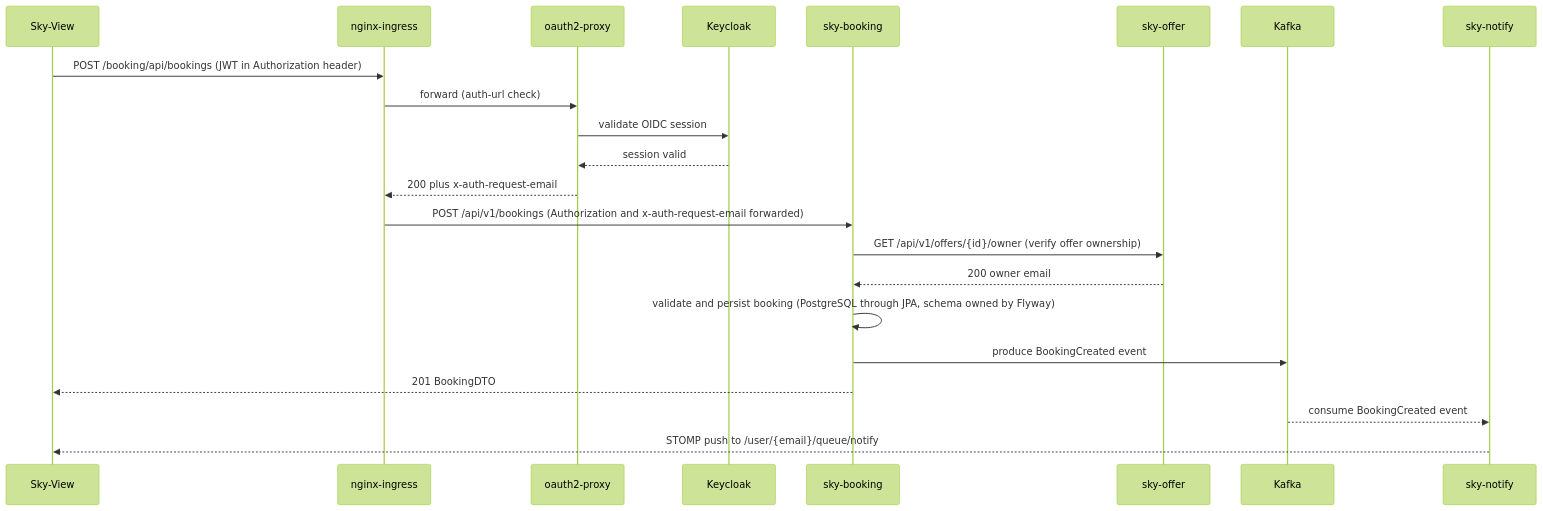
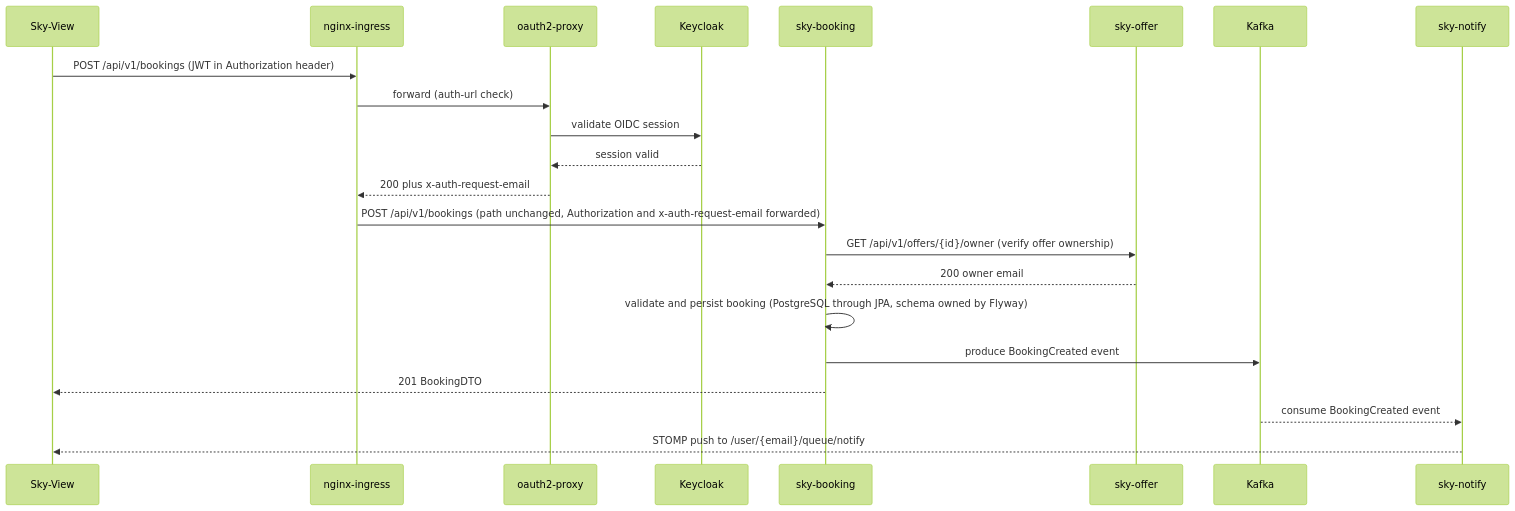
The second of 2 diagrams in README.md (Lukk17/sky), drawn with Mermaid (forest theme) before and after one commit. The commit also changed other lines of this file and 41 other files, not shown here.

````diff
--- a/README.md
+++ b/README.md
@@ -146,28 +146,28 @@
 ```mermaid
 sequenceDiagram
     accTitle: Create-booking request flow
     accDescr: From the frontend through nginx and oauth2-proxy to sky-booking and sky-offer, then out over Kafka to sky-notify
 
     participant FE as Sky-View
     participant NG as nginx-ingress
     participant OP as oauth2-proxy
     participant KC as Keycloak
     participant BK as sky-booking
     participant OF as sky-offer
     participant KF as Kafka
     participant NT as sky-notify
 
-    FE->>NG: POST /booking/api/bookings (JWT in Authorization header)
+    FE->>NG: POST /api/v1/bookings (JWT in Authorization header)
     NG->>OP: forward (auth-url check)
     OP->>KC: validate OIDC session
     KC-->>OP: session valid
     OP-->>NG: 200 plus x-auth-request-email
-    NG->>BK: POST /api/v1/bookings (Authorization and x-auth-request-email forwarded)
+    NG->>BK: POST /api/v1/bookings (path unchanged, Authorization and x-auth-request-email forwarded)
     BK->>OF: GET /api/v1/offers/{id}/owner (verify offer ownership)
     OF-->>BK: 200 owner email
     BK->>BK: validate and persist booking (PostgreSQL through JPA, schema owned by Flyway)
     BK->>KF: produce BookingCreated event
     BK-->>FE: 201 BookingDTO
     KF-->>NT: consume BookingCreated event
     NT-->>FE: STOMP push to /user/{email}/queue/notify
 ```
````
